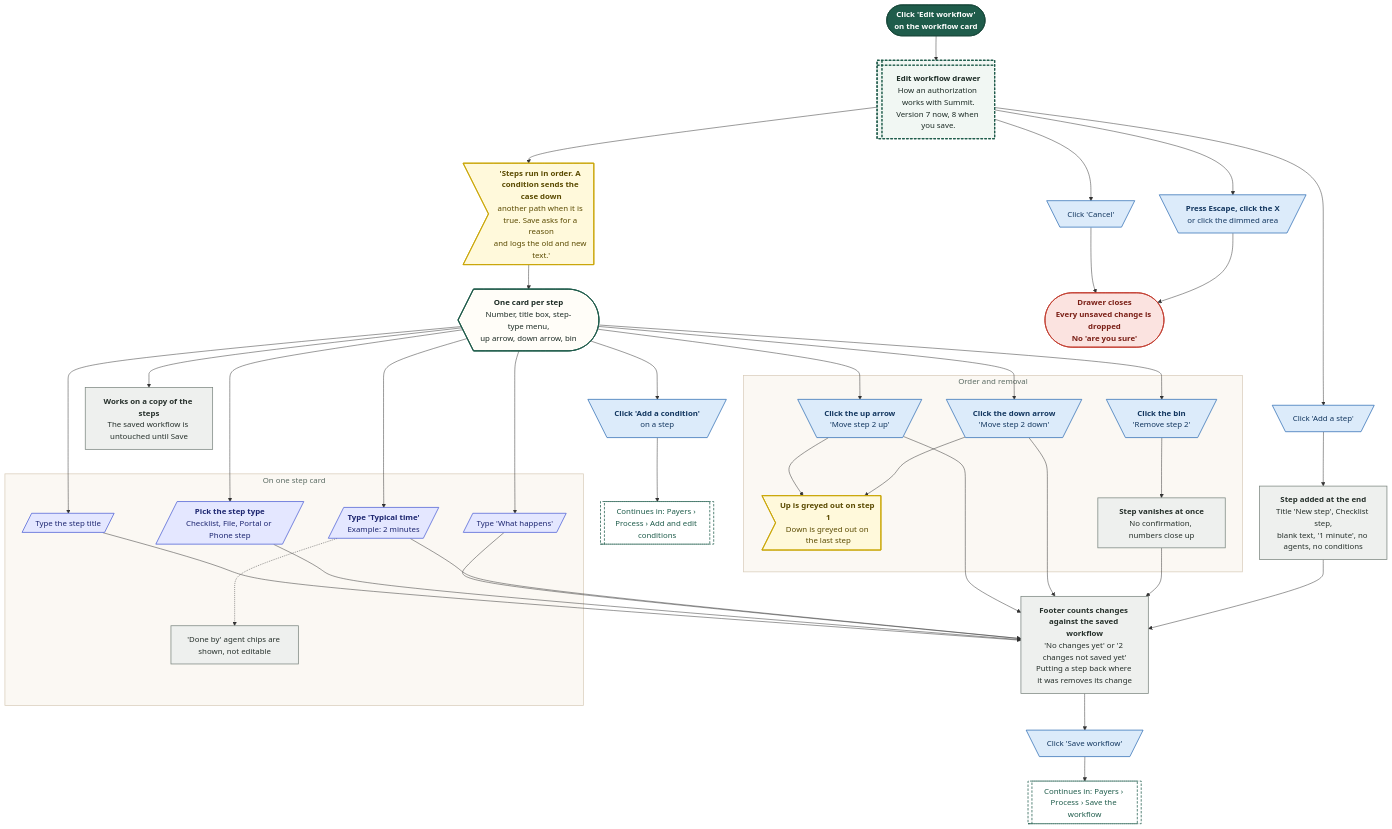
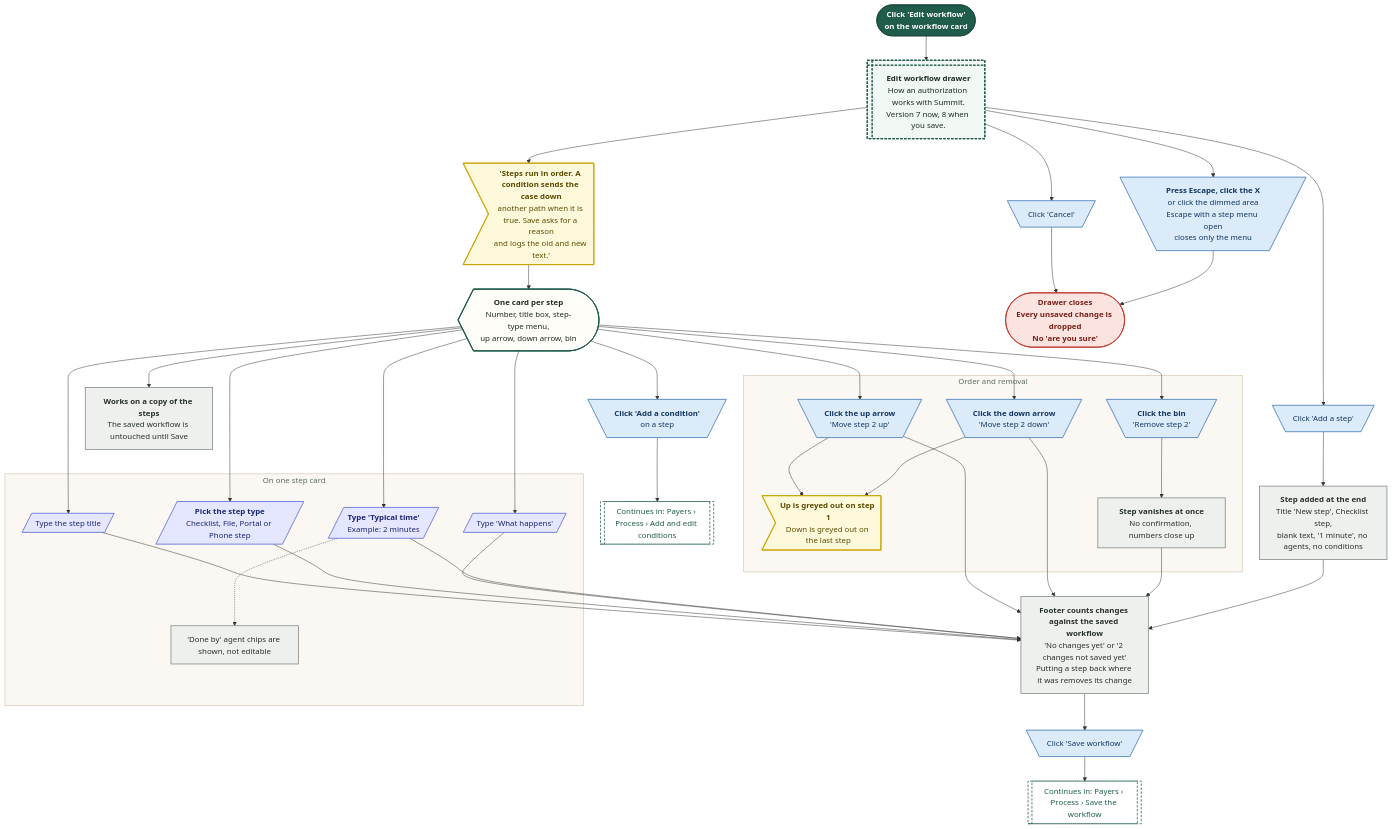
Before and after one commit to Shrav143/psyfloapp: the eighth of 25 diagrams in demos/prior-auth-demo/workflows/out/md/10-payers.md, drawn with Mermaid. The commit also changed other lines of this file and 195 other files, not shown here.

First line of the commit message:
docs: Rebuild workflow diagrams after the demo fixes (220 diagrams)

````diff
--- a/demos/prior-auth-demo/workflows/out/md/10-payers.md
+++ b/demos/prior-auth-demo/workflows/out/md/10-payers.md
@@ -566,80 +580,80 @@
 ```mermaid
 %%{init: {"theme":"base","themeVariables":{"fontFamily":"'DM Sans', 'Segoe UI', system-ui, sans-serif","fontSize":"15px","lineColor":"#5B6B63","primaryTextColor":"#1C2B25","clusterBkg":"#FBF8F3","clusterBorder":"#D9CDBB","edgeLabelBackground":"#FFFFFF"},"flowchart":{"curve":"basis","nodeSpacing":36,"rankSpacing":48,"padding":12,"htmlLabels":true,"useMaxWidth":false,"wrappingWidth":230}} }%%
 flowchart TD
   classDef k_start fill:#1F5C4B,stroke:#174638,color:#FFFFFF,stroke-width:1.5px,font-weight:600
   classDef k_end fill:#DDEFE3,stroke:#2E7D4F,color:#14502F,stroke-width:1.5px,font-weight:600
   classDef k_endx fill:#FBE3E0,stroke:#C0392B,color:#7A1F16,stroke-width:1.5px,font-weight:600
   classDef k_screen fill:#FFFDF8,stroke:#1F5C4B,color:#1C2B25,stroke-width:2px
   classDef k_overlay fill:#F1F7F3,stroke:#1F5C4B,color:#1C2B25,stroke-width:2px,stroke-dasharray:5 3
   classDef k_click fill:#DCEBFA,stroke:#2F6DB5,color:#12365F,stroke-width:1.5px
   classDef k_input fill:#E4E7FF,stroke:#4C5FD5,color:#1D2670,stroke-width:1.5px
   classDef k_process fill:#EEF0EE,stroke:#7A857F,color:#26302B,stroke-width:1.5px
   classDef k_agent fill:#EEE5FA,stroke:#7A4FC2,color:#341A63,stroke-width:1.5px
   classDef k_decision fill:#FFF0CC,stroke:#D9962B,color:#5C3B00,stroke-width:1.5px
   classDef k_store fill:#D5F0EA,stroke:#1C8E7B,color:#0B4A3F,stroke-width:1.5px
   classDef k_doc fill:#F6E9DC,stroke:#B07A4C,color:#4A2E14,stroke-width:1.5px
   classDef k_ext fill:#FFE6D2,stroke:#E07B39,color:#6B2F06,stroke-width:1.5px
   classDef k_wait fill:#E4E8EE,stroke:#6B7C93,color:#26303D,stroke-width:1.5px
   classDef k_toast fill:#FFF9DB,stroke:#C9A400,color:#5A4A00,stroke-width:1.5px
   classDef k_goto fill:#FFFFFF,stroke:#1F5C4B,color:#1F5C4B,stroke-width:1.5px,stroke-dasharray:5 3
   s1@{ shape: stadium, label: "<b>Click 'Edit workflow'</b><br/>on the workflow card" }
   dr@{ shape: win-pane, label: "<b>Edit workflow drawer</b><br/>How an authorization works with Summit.<br/>Version 7 now, 8 when you save." }
   bn@{ shape: odd, label: "<b>'Steps run in order. A condition sends the case down</b><br/>another path when it is true. Save asks for a reason<br/>and logs the old and new text.'" }
   sc@{ shape: curv-trap, label: "<b>One card per step</b><br/>Number, title box, step-type menu,<br/>up arrow, down arrow, bin" }
   copy@{ shape: rect, label: "<b>Works on a copy of the steps</b><br/>The saved workflow is untouched until Save" }
   subgraph gE ["On one step card"]
   i1@{ shape: lean-r, label: "Type the step title" }
   i2@{ shape: lean-r, label: "<b>Pick the step type</b><br/>Checklist, File, Portal or Phone step" }
   i3@{ shape: lean-r, label: "Type 'What happens'" }
   i4@{ shape: lean-r, label: "<b>Type 'Typical time'</b><br/>Example: 2 minutes" }
   ag@{ shape: rect, label: "'Done by' agent chips are shown, not editable" }
   end
   subgraph gM ["Order and removal"]
   up@{ shape: trap-t, label: "<b>Click the up arrow</b><br/>'Move step 2 up'" }
   dn@{ shape: trap-t, label: "<b>Click the down arrow</b><br/>'Move step 2 down'" }
   dis@{ shape: odd, label: "<b>Up is greyed out on step 1</b><br/>Down is greyed out on the last step" }
   rm@{ shape: trap-t, label: "<b>Click the bin</b><br/>'Remove step 2'" }
   rm2@{ shape: rect, label: "<b>Step vanishes at once</b><br/>No confirmation, numbers close up" }
   end
   add@{ shape: trap-t, label: "Click 'Add a step'" }
   nw@{ shape: rect, label: "<b>Step added at the end</b><br/>Title 'New step', Checklist step,<br/>blank text, '1 minute', no agents, no conditions" }
   ac@{ shape: trap-t, label: "<b>Click 'Add a condition'</b><br/>on a step" }
   gc@{ shape: subproc, label: "Continues in: Payers › Process › Add and edit conditions" }
   cnt@{ shape: rect, label: "<b>Footer counts changes against the saved workflow</b><br/>'No changes yet' or '2 changes not saved yet'<br/>Putting a step back where it was removes its change" }
   sv@{ shape: trap-t, label: "Click 'Save workflow'" }
   gs@{ shape: subproc, label: "Continues in: Payers › Process › Save the workflow" }
   cx@{ shape: trap-t, label: "Click 'Cancel'" }
-  cesc@{ shape: trap-t, label: "<b>Press Escape, click the X</b><br/>or click the dimmed area" }
+  cesc@{ shape: trap-t, label: "<b>Press Escape, click the X</b><br/>or click the dimmed area<br/>Escape with a step menu open<br/>closes only the menu" }
   x1@{ shape: stadium, label: "<b>Drawer closes</b><br/>Every unsaved change is dropped<br/>No 'are you sure'" }
   s1 --> dr --> bn --> sc --> copy
   sc --> i1 & i2 & i3 & i4
   i4 -.-> ag
   sc --> up & dn & rm
   up --> dis
   dn --> dis
   rm --> rm2
   dr --> add --> nw
   sc --> ac --> gc
   i1 --> cnt
   i2 --> cnt
   i3 --> cnt
   i4 --> cnt
   up --> cnt
   dn --> cnt
   rm2 --> cnt
   nw --> cnt
   cnt --> sv --> gs
   dr --> cx --> x1
   dr --> cesc --> x1
   class s1 k_start
   class dr k_overlay
   class bn,dis k_toast
   class sc k_screen
   class copy,ag,rm2,nw,cnt k_process
   class i1,i2,i3,i4 k_input
   class up,dn,rm,add,ac,sv,cx,cesc k_click
   class gc,gs k_goto
   class x1 k_endx
   style gE fill:#FBF8F3,stroke:#D9CDBB,stroke-width:1.5px,color:#5B6B63
   style gM fill:#FBF8F3,stroke:#D9CDBB,stroke-width:1.5px,color:#5B6B63
 ```
````
